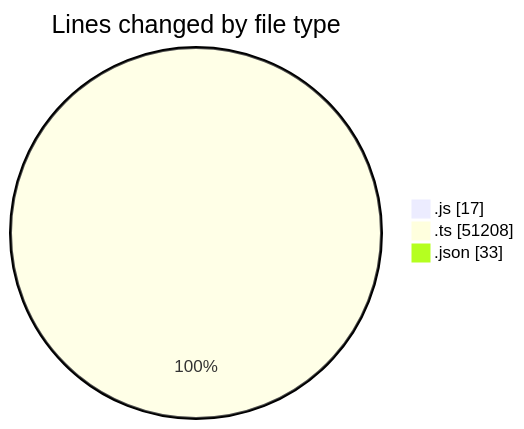
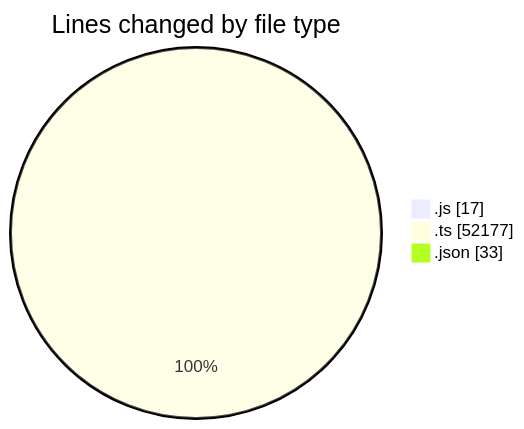
One commit to momahboobian/code-tracking changed the first of 2 diagrams in 2026-07-27/cda/README.md. Above: the diagram before and after it, drawn with Mermaid. The commit also changed other lines of this file and 1 other file, not shown here.

````diff
--- a/2026-07-27/cda/README.md
+++ b/2026-07-27/cda/README.md
@@ -30,7 +30,7 @@
 ```mermaid
 pie showData
 title Lines changed by file type
 ".js" : 17
-".ts" : 51208
+".ts" : 52177
 ".json" : 33
 ```
````
